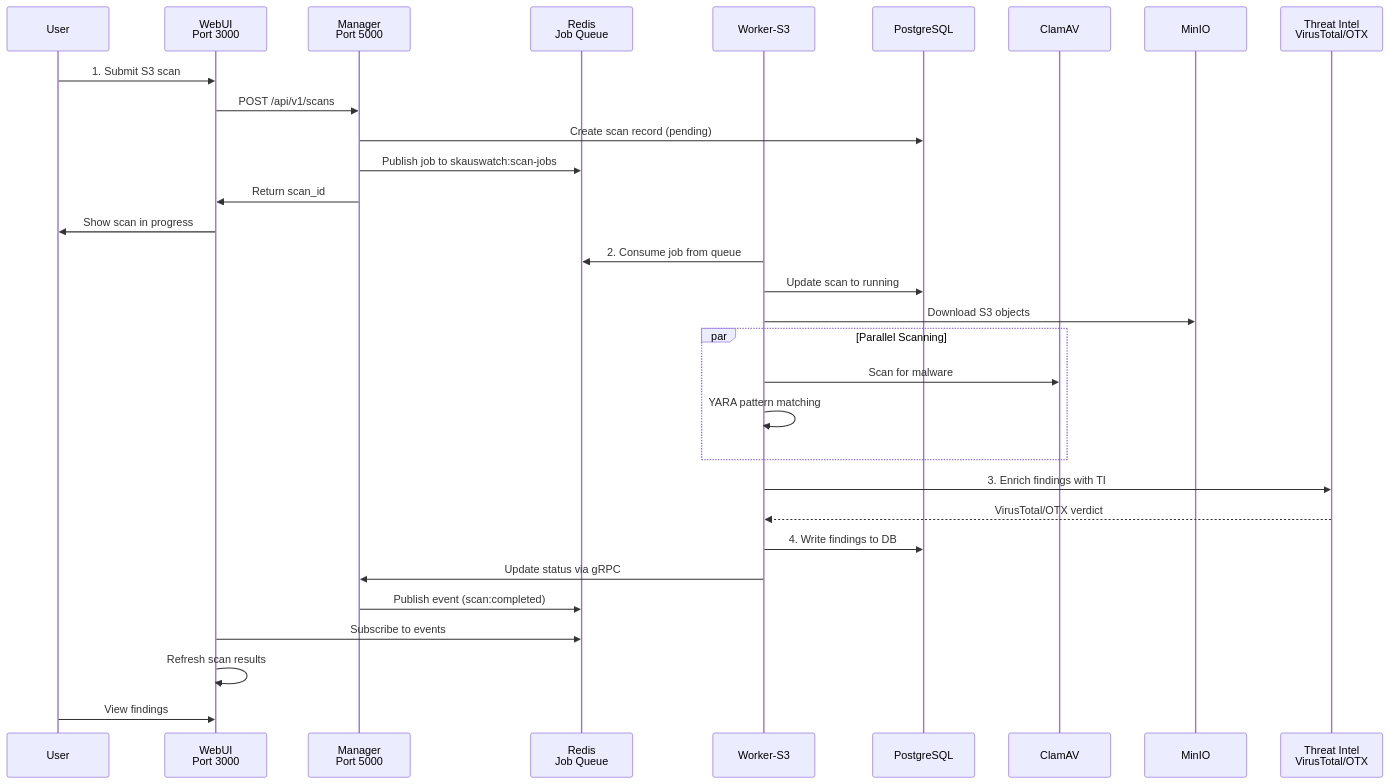
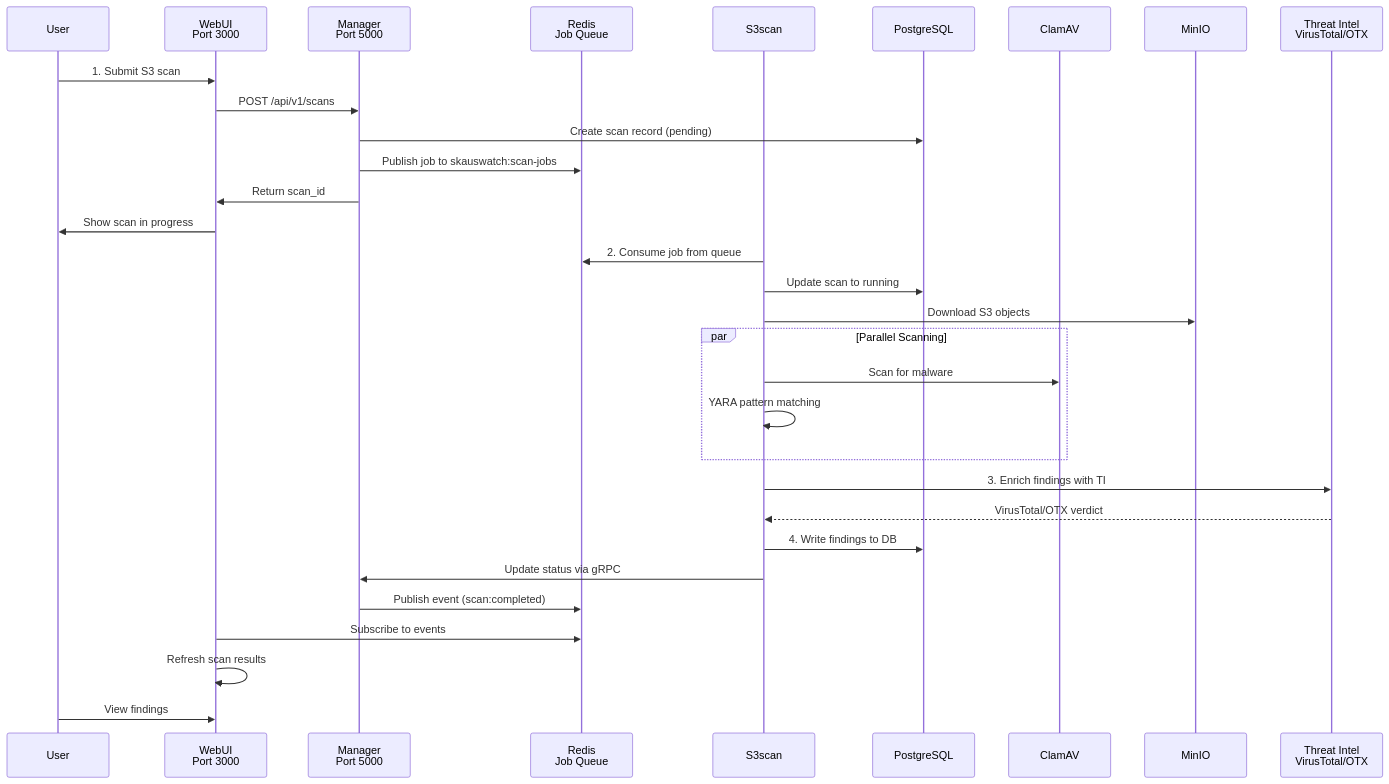
Before and after one commit to penguintechinc/skauswatch: the second of 3 diagrams in docs/core/ARCHITECTURE.md, drawn with Mermaid. The commit also changed other lines of this file and 631 other files, not shown here.

````diff
--- a/docs/core/ARCHITECTURE.md
+++ b/docs/core/ARCHITECTURE.md
@@ -73,38 +73,38 @@
 ```mermaid
 sequenceDiagram
     participant User as User
     participant WebUI as WebUI<br/>Port 3000
     participant Manager as Manager<br/>Port 5000
     participant Redis as Redis<br/>Job Queue
-    participant Worker as Worker-S3
+    participant Worker as S3scan
     participant DB as PostgreSQL
     participant ClamAV as ClamAV
     participant MinIO as MinIO
     participant TI as Threat Intel<br/>VirusTotal/OTX
 
     User->>WebUI: 1. Submit S3 scan
     WebUI->>Manager: POST /api/v1/scans
     Manager->>DB: Create scan record (pending)
     Manager->>Redis: Publish job to skauswatch:scan-jobs
     Manager->>WebUI: Return scan_id
     WebUI->>User: Show scan in progress
 
     Worker->>Redis: 2. Consume job from queue
     Worker->>DB: Update scan to running
     Worker->>MinIO: Download S3 objects
 
     par Parallel Scanning
         Worker->>ClamAV: Scan for malware
         Worker->>Worker: YARA pattern matching
     end
 
     Worker->>TI: 3. Enrich findings with TI
     TI-->>Worker: VirusTotal/OTX verdict
 
     Worker->>DB: 4. Write findings to DB
     Worker->>Manager: Update status via gRPC
     Manager->>Redis: Publish event (scan:completed)
     WebUI->>Redis: Subscribe to events
     WebUI->>WebUI: Refresh scan results
     User->>WebUI: View findings
 ```
````
